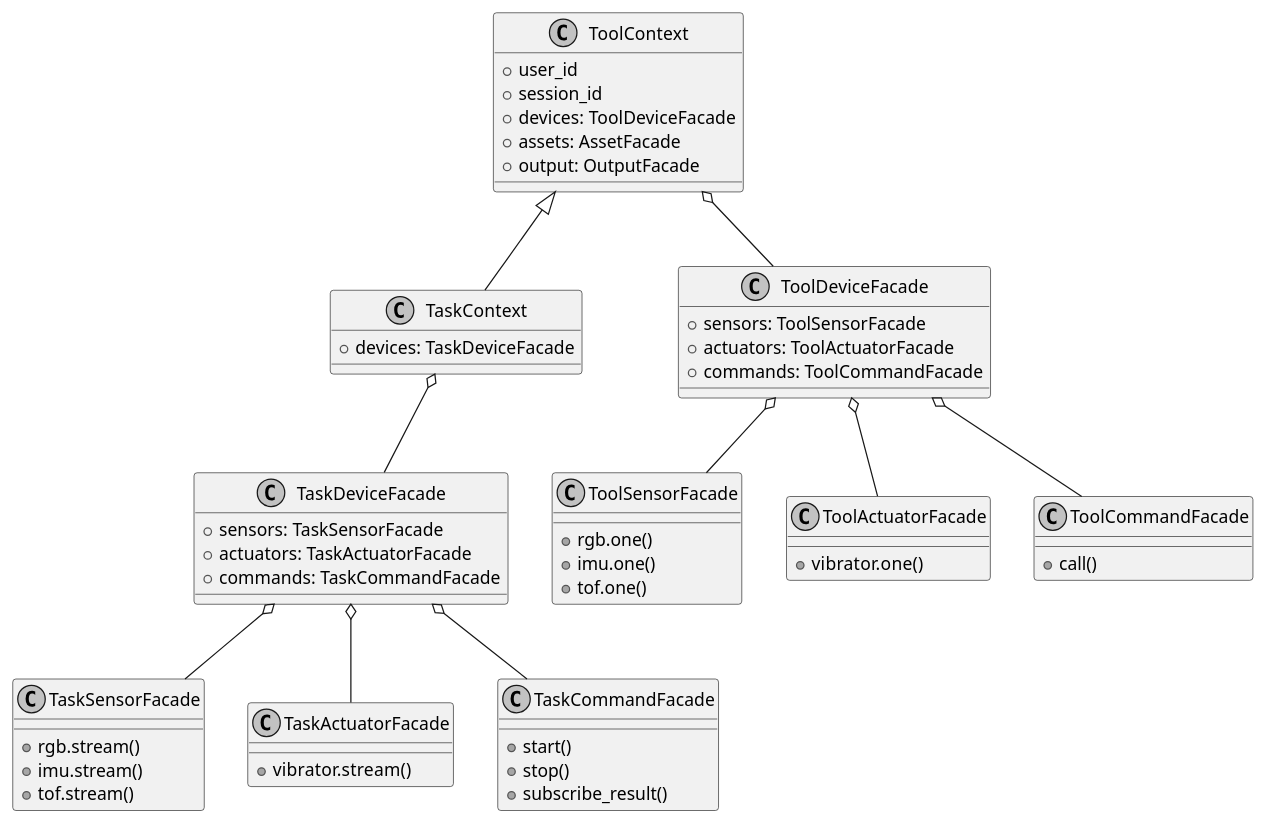
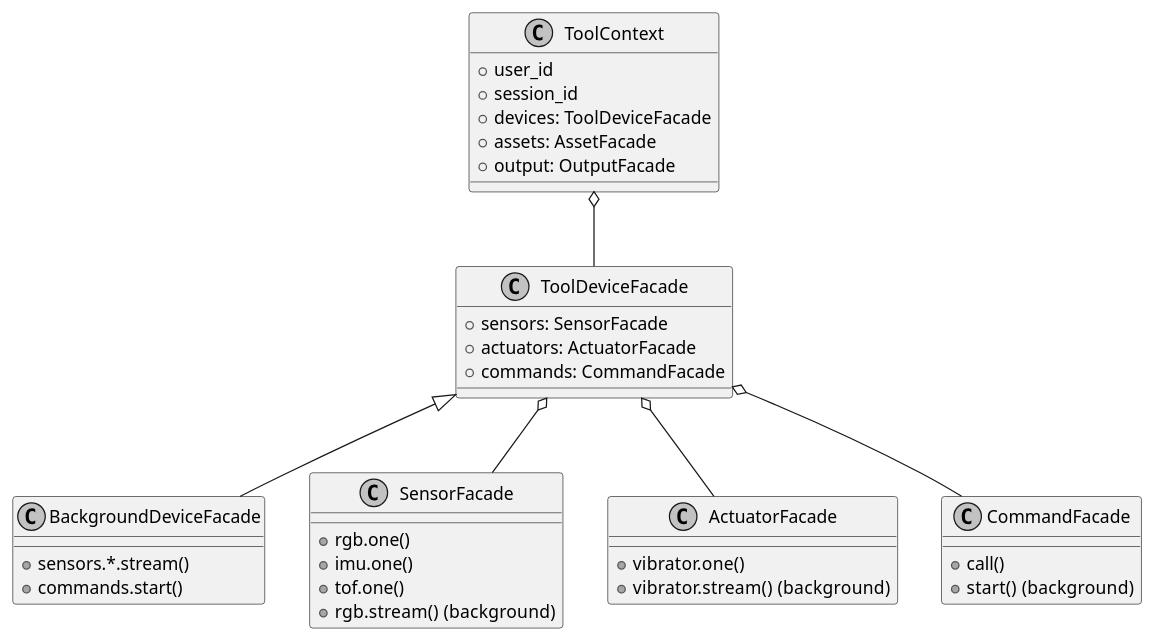
The first of 3 diagrams in agent-server/docs/reference/上下文设备接口设计.md (HengeLiu/RealtimeAgent), drawn with PlantUML before and after one commit. The commit also changed other lines of this file and 67 other files, not shown here.

````diff
--- a/agent-server/docs/reference/上下文设备接口设计.md
+++ b/agent-server/docs/reference/上下文设备接口设计.md
@@ -31,70 +31,48 @@
 ```plantuml
 @startuml
 skinparam monochrome true
 skinparam shadowing false
 
 class ToolContext {
   +user_id
   +session_id
   +devices: ToolDeviceFacade
   +assets: AssetFacade
   +output: OutputFacade
 }
 
-class TaskContext {
-  +devices: TaskDeviceFacade
+class ToolDeviceFacade {
+  +sensors: SensorFacade
+  +actuators: ActuatorFacade
+  +commands: CommandFacade
 }
 
-class ToolDeviceFacade {
-  +sensors: ToolSensorFacade
-  +actuators: ToolActuatorFacade
-  +commands: ToolCommandFacade
+class BackgroundDeviceFacade {
+  +sensors.*.stream()
+  +commands.start()
 }
 
-class TaskDeviceFacade {
-  +sensors: TaskSensorFacade
-  +actuators: TaskActuatorFacade
-  +commands: TaskCommandFacade
-}
-
-class ToolSensorFacade {
+class SensorFacade {
   +rgb.one()
   +imu.one()
   +tof.one()
+  +rgb.stream()  (background)
 }
 
-class TaskSensorFacade {
-  +rgb.stream()
-  +imu.stream()
-  +tof.stream()
+class ActuatorFacade {
+  +vibrator.one()
+  +vibrator.stream()  (background)
 }
 
-class ToolActuatorFacade {
-  +vibrator.one()
+class CommandFacade {
+  +call()
+  +start()  (background)
 }
 
-class TaskActuatorFacade {
-  +vibrator.stream()
-}
-
-class ToolCommandFacade {
-  +call()
-}
-
-class TaskCommandFacade {
-  +start()
-  +stop()
-  +subscribe_result()
-}
-
-ToolContext <|-- TaskContext
+ToolDeviceFacade <|-- BackgroundDeviceFacade
 ToolContext o-- ToolDeviceFacade
-TaskContext o-- TaskDeviceFacade
-ToolDeviceFacade o-- ToolSensorFacade
-ToolDeviceFacade o-- ToolActuatorFacade
-ToolDeviceFacade o-- ToolCommandFacade
-TaskDeviceFacade o-- TaskSensorFacade
-TaskDeviceFacade o-- TaskActuatorFacade
-TaskDeviceFacade o-- TaskCommandFacade
+ToolDeviceFacade o-- SensorFacade
+ToolDeviceFacade o-- ActuatorFacade
+ToolDeviceFacade o-- CommandFacade
 @enduml
 ```
````
